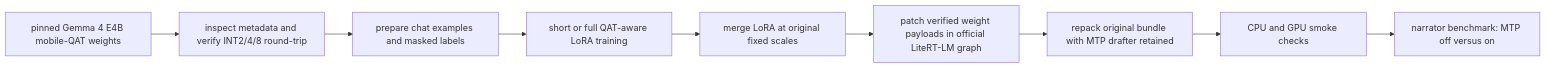
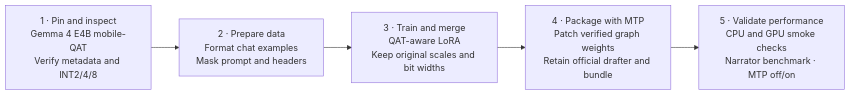
The diagram in README.md (robinkrystufek/Forge-E4B-p), drawn with Mermaid before and after one commit. The commit also changed other lines of this file, not shown here.

Commit message:
Refine README workflow into five stages

````diff
--- a/README.md
+++ b/README.md
@@ -17,11 +21,9 @@
 ```mermaid
 flowchart LR
-    A[ pinned Gemma 4 E4B mobile-QAT weights ] --> B[ inspect metadata and verify INT2/4/8 round-trip ]
-    B --> C[ prepare chat examples and masked labels ]
-    C --> D[ short or full QAT-aware LoRA training ]
-    D --> E[ merge LoRA at original fixed scales ]
-    E --> F[ patch verified weight payloads in official LiteRT-LM graph ]
-    F --> G[ repack original bundle with MTP drafter retained ]
-    G --> H[ CPU and GPU smoke checks ]
-    H --> I[ narrator benchmark: MTP off versus on ]
+    A["1 · Pin and inspect<br/>Gemma 4 E4B mobile-QAT<br/>Verify metadata and INT2/4/8"]
+    B["2 · Prepare data<br/>Format chat examples<br/>Mask prompt and headers"]
+    C["3 · Train and merge<br/>QAT-aware LoRA<br/>Keep original scales and bit widths"]
+    D["4 · Package with MTP<br/>Patch verified graph weights<br/>Retain official drafter and bundle"]
+    E["5 · Validate performance<br/>CPU and GPU smoke checks<br/>Narrator benchmark · MTP off/on"]
+    A --> B --> C --> D --> E
 ```
````
